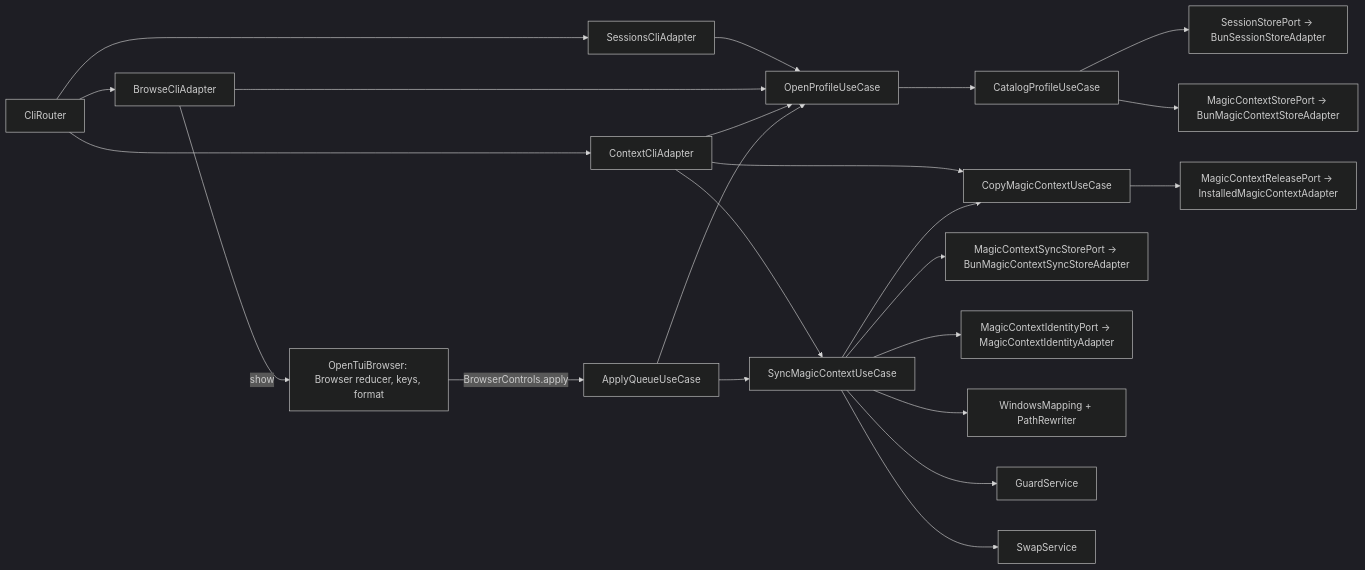
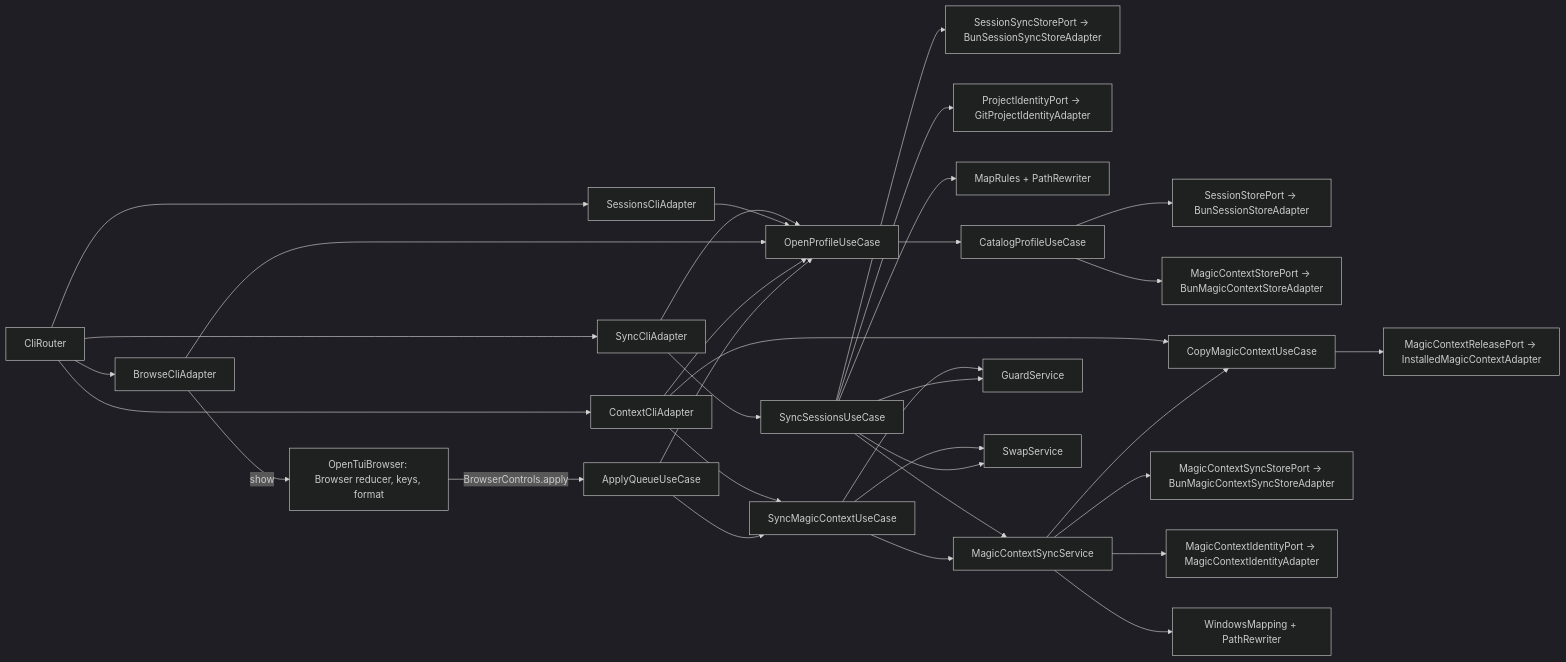
One commit to mavasbel-devtools/opencode-session-manager changed the third of 3 diagrams in README.md. Above: the diagram before and after it, drawn with Mermaid (dark theme). The commit also changed other lines of this file and 71 other files, not shown here.

````diff
--- a/README.md
+++ b/README.md
@@ -360,25 +383,35 @@
 ```mermaid
 flowchart LR
     ROUTER[CliRouter] --> SC[SessionsCliAdapter]
     ROUTER --> XC[ContextCliAdapter]
     ROUTER --> BC[BrowseCliAdapter]
+    ROUTER --> YC[SyncCliAdapter]
+    YC --> OP
+    YC --> SY[SyncSessionsUseCase]
+    SY --> SST[SessionSyncStorePort -> BunSessionSyncStoreAdapter]
+    SY --> PI[ProjectIdentityPort -> GitProjectIdentityAdapter]
+    SY --> MR[MapRules + PathRewriter]
+    SY --> MB
     BC -->|show| TUI[OpenTuiBrowser: Browser reducer, keys, format]
     TUI -->|BrowserControls.apply| AQ[ApplyQueueUseCase]
     SC --> OP[OpenProfileUseCase]
     BC --> OP
     XC --> OP
     OP --> CAT[CatalogProfileUseCase]
     CAT --> SS[SessionStorePort -> BunSessionStoreAdapter]
     CAT --> MCS[MagicContextStorePort -> BunMagicContextStoreAdapter]
     XC --> CM[CopyMagicContextUseCase]
     XC --> SM[SyncMagicContextUseCase]
     AQ --> SM
     AQ --> OP
-    SM --> CM
+    SM --> MB[MagicContextSyncService]
+    MB --> CM
     CM --> REL[MagicContextReleasePort -> InstalledMagicContextAdapter]
-    SM --> SYS[MagicContextSyncStorePort -> BunMagicContextSyncStoreAdapter]
-    SM --> MID[MagicContextIdentityPort -> MagicContextIdentityAdapter]
-    SM --> WM[WindowsMapping + PathRewriter]
+    MB --> SYS[MagicContextSyncStorePort -> BunMagicContextSyncStoreAdapter]
+    MB --> MID[MagicContextIdentityPort -> MagicContextIdentityAdapter]
+    MB --> WM[WindowsMapping + PathRewriter]
     SM --> GD[GuardService]
     SM --> SW[SwapService]
+    SY --> GD
+    SY --> SW
 ```
````
